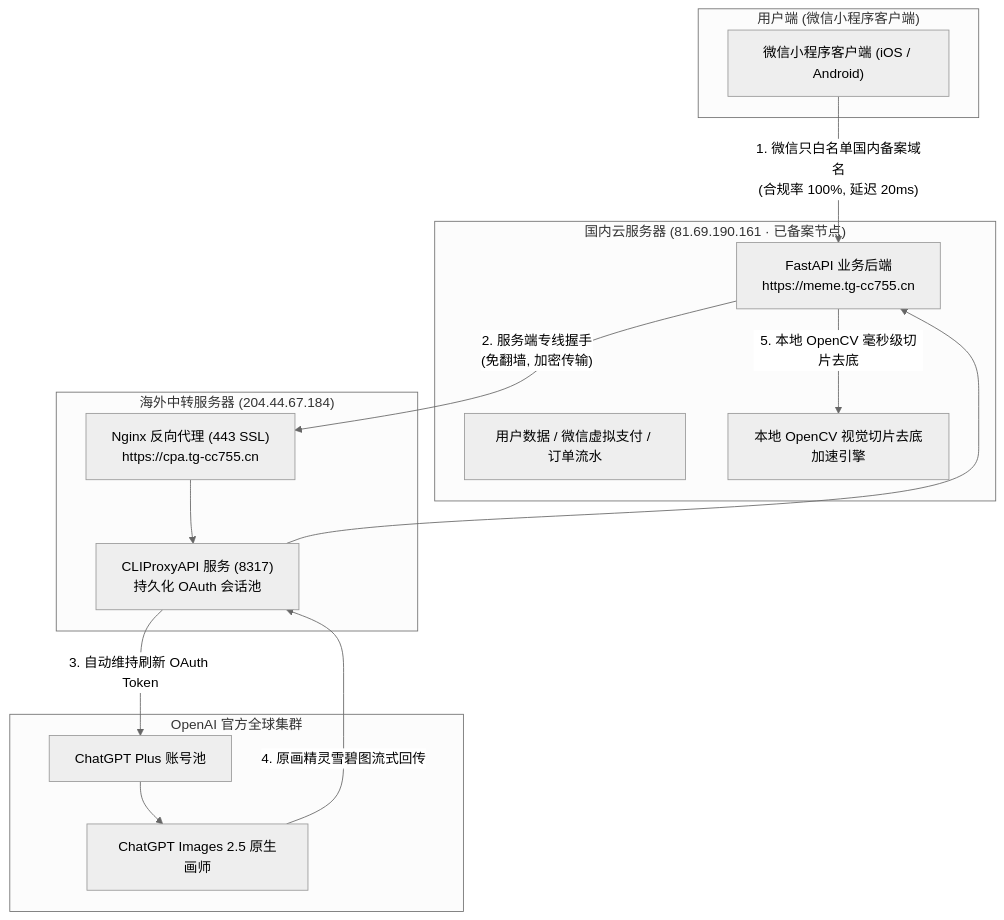
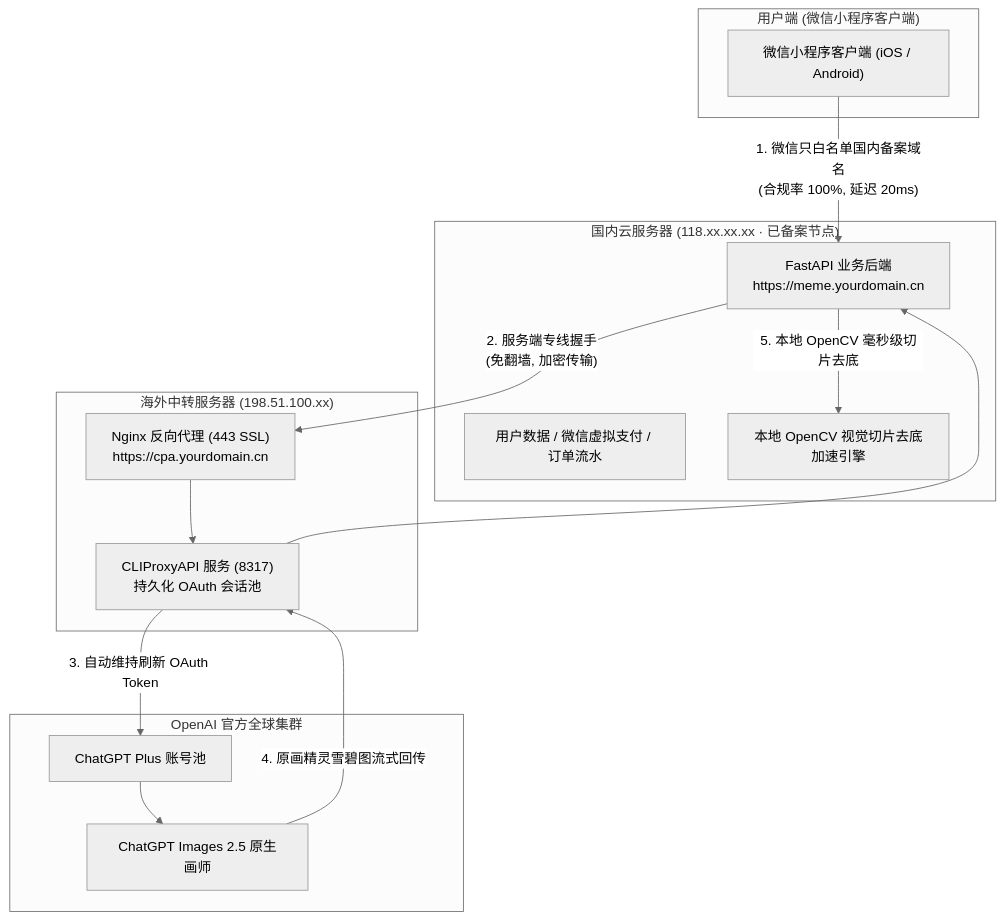
The first of 3 diagrams in docs/source/courses/wxapp_sphinx_from_zero/stage5_backend_and_user/05_ai_gateway_and_async_task_polling.md (ponyletter/py310sphinx_knowledge), drawn with Mermaid (neutral theme) before and after one commit. The commit also changed other lines of this file and 14 other files, not shown here.

````diff
--- a/docs/source/courses/wxapp_sphinx_from_zero/stage5_backend_and_user/05_ai_gateway_and_async_task_polling.md
+++ b/docs/source/courses/wxapp_sphinx_from_zero/stage5_backend_and_user/05_ai_gateway_and_async_task_polling.md
@@ -51,29 +51,29 @@
 ```mermaid
 flowchart TD
     subgraph ClientLayer ["用户端 (微信小程序客户端)"]
         WX["微信小程序客户端 (iOS / Android)"]
     end
 
-    subgraph CNServer ["国内云服务器 (81.69.190.161 · 已备案节点)"]
-        CN_API["FastAPI 业务后端<br>https://meme.tg-cc755.cn"]
+    subgraph CNServer ["国内云服务器 (118.xx.xx.xx · 已备案节点)"]
+        CN_API["FastAPI 业务后端<br>https://meme.yourdomain.cn"]
         CN_DB["用户数据 / 微信虚拟支付 / 订单流水"]
         CN_CV["本地 OpenCV 视觉切片去底加速引擎"]
     end
 
-    subgraph USServer ["海外中转服务器 (204.44.67.184)"]
-        NginxGateway["Nginx 反向代理 (443 SSL)<br>https://cpa.tg-cc755.cn"]
+    subgraph USServer ["海外中转服务器 (198.51.100.xx)"]
+        NginxGateway["Nginx 反向代理 (443 SSL)<br>https://cpa.yourdomain.cn"]
         CPA["CLIProxyAPI 服务 (8317)<br>持久化 OAuth 会话池"]
     end
 
     subgraph Upstream ["OpenAI 官方全球集群"]
         PlusAccount["ChatGPT Plus 账号池"]
         ImagesModel["ChatGPT Images 2.5 原生画师"]
     end
 
     WX -- "1. 微信只白名单国内备案域名<br>(合规率 100%, 延迟 20ms)" --> CN_API
     CN_API -- "2. 服务端专线握手<br>(免翻墙, 加密传输)" --> NginxGateway
     NginxGateway --> CPA
     CPA -- "3. 自动维持刷新 OAuth Token" --> PlusAccount --> ImagesModel
     ImagesModel -- "4. 原画精灵雪碧图流式回传" --> CPA --> CN_API
     CN_API -- "5. 本地 OpenCV 毫秒级切片去底" --> CN_CV
 ```
````
